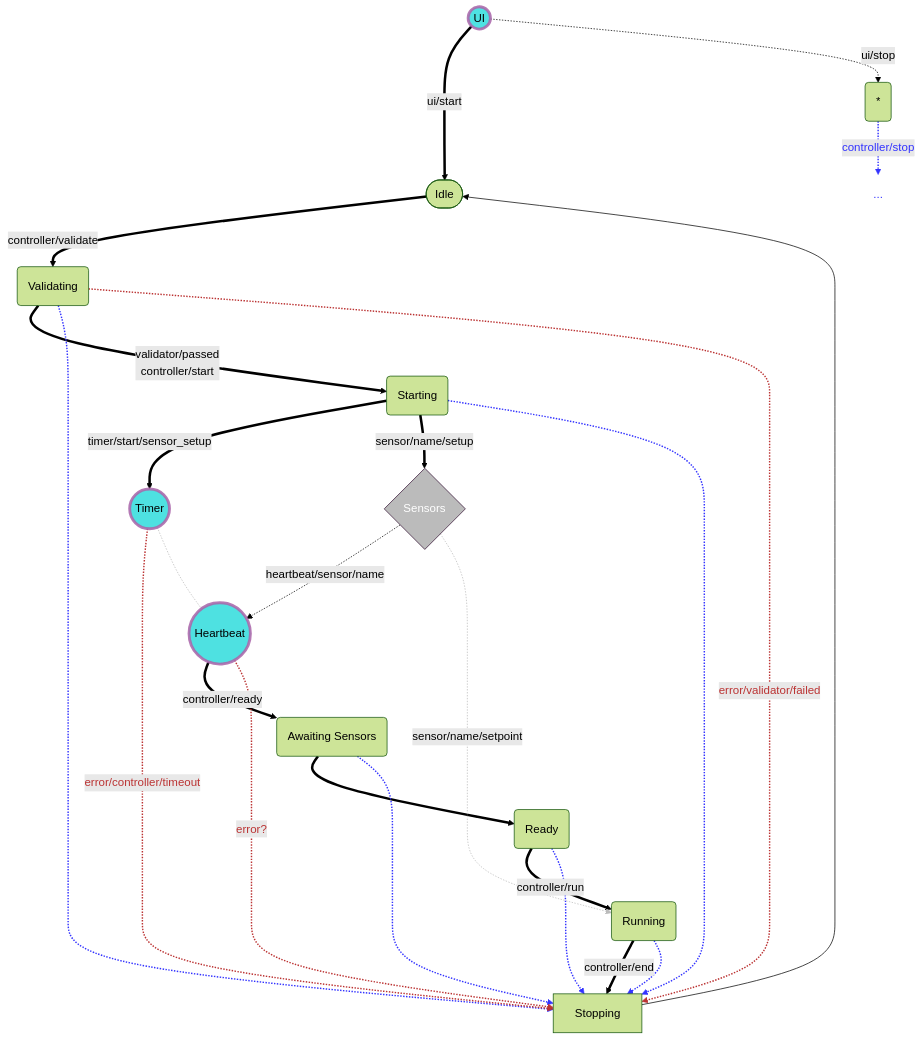
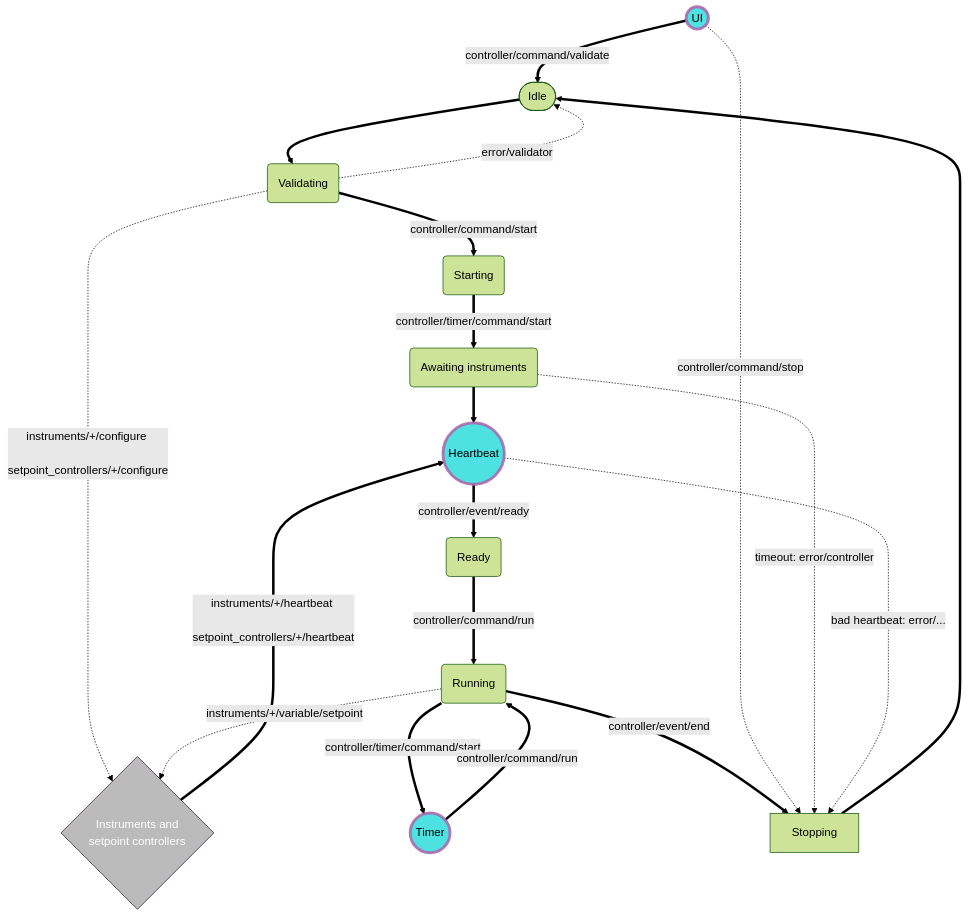
One commit to comodo-lab/comodo changed the diagram in controller/README.md. Above: the diagram before and after it, drawn with Mermaid. The commit also changed other lines of this file, not shown here.

Commit message:
update controller readme

````diff
--- a/controller/README.md
+++ b/controller/README.md
@@ -16,65 +29,51 @@
 ```mermaid
 %%{
     init: {
         'theme':'forest'
     }
 }%%
 flowchart TB
 
     %% States
       I([Idle])
       V(Validating)
       S(Starting)
-      A(Awaiting Sensors)
+      A(Awaiting instruments)
       Rd(Ready)
       Rg(Running)
       Stp[Stopping]
-      *(*)
 
     %% Helper clients
       UI((UI))
       T((Timer))
       H((Heartbeat))
-      %%M((Measurement))
-      %%W((Watchdog))
       classDef helper_client fill:#3ddd,stroke:#a6ad,stroke-width:4px,color:#000
       class UI,T,H helper_client
 
     %% External clients
-      SS{Sensors}
+      IN{Instruments and <br> setpoint controllers}
       classDef external_client fill:#3335,stroke:#313,stroke-width:1px,color:#fff
-      class SS external_client
+      class IN external_client
 
-    %% Invisible
-      **(...)
-      classDef invisible fill:#0000,stroke:#0000,stroke-width:0px,color:#33f
-      class ** invisible
+    %% Main flow
+      UI  ==>  |controller/command/validate| I
+      I   ==>  V
+      V   ==>  |controller/command/start| S
+      V   -.-> |instruments/+/configure <br> setpoint_controllers/+/configure| IN
+      S   ==>  |controller/timer/command/start| A
+      IN  ==> |instruments/+/heartbeat <br> setpoint_controllers/+/heartbeat| H
+      H   ==>  |controller/event/ready| Rd
+      A   ==>  H
+      Rd  ==>  |controller/command/run| Rg
+      Rg  -.-> |instruments/+/variable/setpoint| IN
+      Rg  ==>  |controller/timer/command/start| T
+      T   ==>  |controller/command/run| Rg
+      Rg  ==>  |controller/event/end| Stp
+      Stp ==>  I
 
-    %% Graph
-      %% Main flow
-        UI  ==>  |ui/start| I
-        I   ==>  |controller/validate| V
-        V   ==>  |validator/passed <br> controller/start| S
-        S   ==>  |timer/start/sensor_setup| T
-        S   ==>  |sensor/name/setup| SS
-        T   ~~~ A
-        SS  -.->  |heartbeat/sensor/name| H
-        H   ==>  |controller/ready| A ==>  Rd
-        Rd  ==>  |controller/run| Rg
-        Rg  ==>  |controller/end| Stp
-        Stp -->  I
-      %% Stop from ui
-        UI-.->  |ui/stop| *(*) -.-> |controller/stop| **
-        **   ~~~  V & S & A & Rd & Rg   -.-> Stp
-        linkStyle 13,19,20,21,22,23 stroke:#33f,stroke-width:2px,color:#33f
-      %% Errors
-        V   -.-> |error/validator/failed| Stp
-        T   -.-> |error/controller/timeout| Stp
-        H   -.-> |error?| Stp
-        linkStyle 24,25,26 stroke:#b33,stroke-width:2px,color:#b33
-      %% Others
-        T   -.-  H
-        SS  -.-> |sensor/name/setpoint| Rg
-        linkStyle 27,28 stroke:#bbb,stroke-width:1px
-
+    %% Stop and errors
+      UI  -.-> |controller/command/stop| Stp
+      V   -.-> |error/validator| I
+      A   -.-> |timeout: error/controller| Stp
+      H   -.-> |bad heartbeat: error/...| Stp
 ```
````
